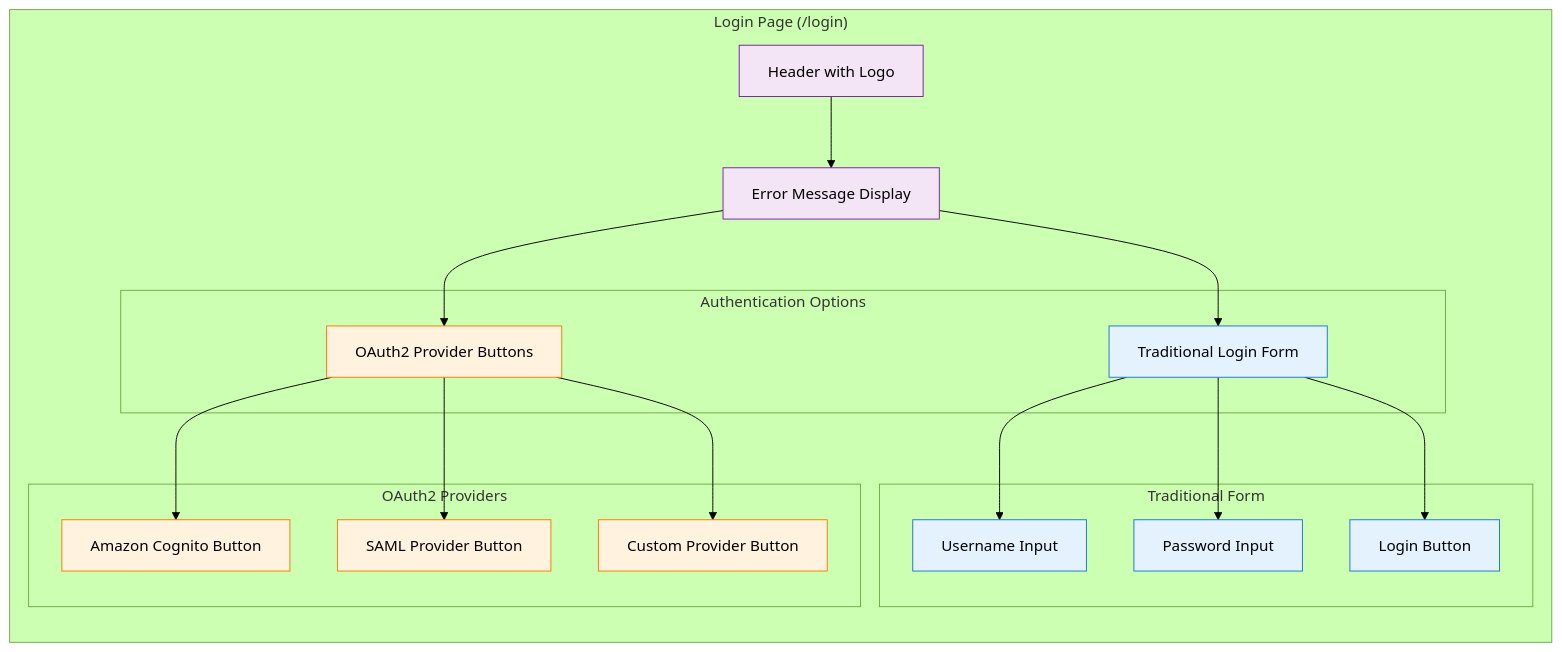
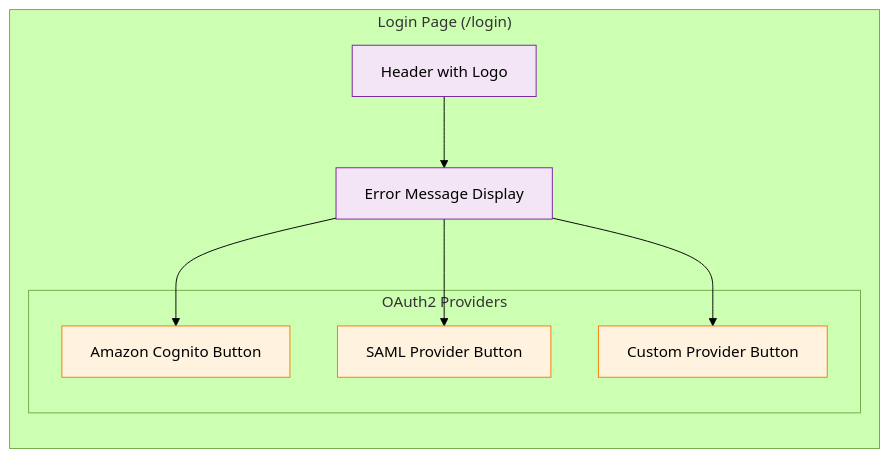
Before and after one commit to dheerajoruganty/mcp-gateway-registry: the third of 7 diagrams in docs/registry-auth-architecture.md, drawn with Mermaid (forest theme). The commit also changed other lines of this file and 35 other files, not shown here.

````diff
--- a/docs/registry-auth-architecture.md
+++ b/docs/registry-auth-architecture.md
@@ -146,42 +133,24 @@
 ```mermaid
 graph LR
     subgraph "Login Page (/login)"
         LoginHeader[Header with Logo]
         ErrorDisplay[Error Message Display]
-        
-        subgraph "Authentication Options"
-            TraditionalForm[Traditional Login Form]
-            OAuth2Section[OAuth2 Provider Buttons]
-        end
-        
-        subgraph "Traditional Form"
-            UsernameField[Username Input]
-            PasswordField[Password Input]
-            LoginButton[Login Button]
-        end
-        
+
         subgraph "OAuth2 Providers"
             CognitoBtn[Amazon Cognito Button]
             SAMLBtn[SAML Provider Button]
             CustomBtn[Custom Provider Button]
         end
     end
-    
+
     LoginHeader --> ErrorDisplay
-    ErrorDisplay --> TraditionalForm
-    ErrorDisplay --> OAuth2Section
-    TraditionalForm --> UsernameField
-    TraditionalForm --> PasswordField
-    TraditionalForm --> LoginButton
-    OAuth2Section --> CognitoBtn
-    OAuth2Section --> SAMLBtn
-    OAuth2Section --> CustomBtn
-    
-    classDef form fill:#e3f2fd,stroke:#1976d2
+    ErrorDisplay --> CognitoBtn
+    ErrorDisplay --> SAMLBtn
+    ErrorDisplay --> CustomBtn
+
     classDef oauth fill:#fff3e0,stroke:#f57c00
     classDef input fill:#f3e5f5,stroke:#7b1fa2
-    
-    class TraditionalForm,UsernameField,PasswordField,LoginButton form
-    class OAuth2Section,CognitoBtn,SAMLBtn,CustomBtn oauth
+
+    class CognitoBtn,SAMLBtn,CustomBtn oauth
     class LoginHeader,ErrorDisplay input
 ```
````
